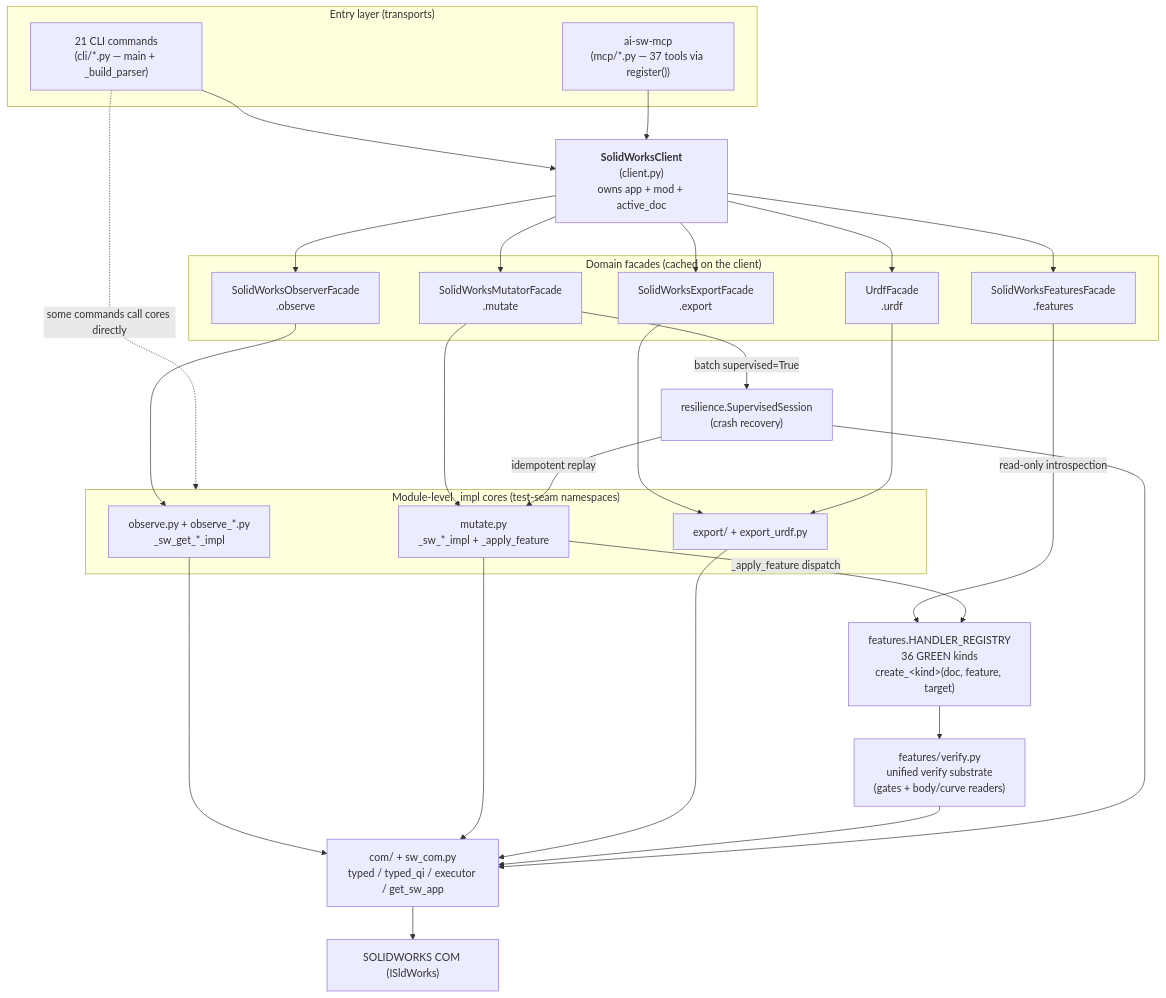
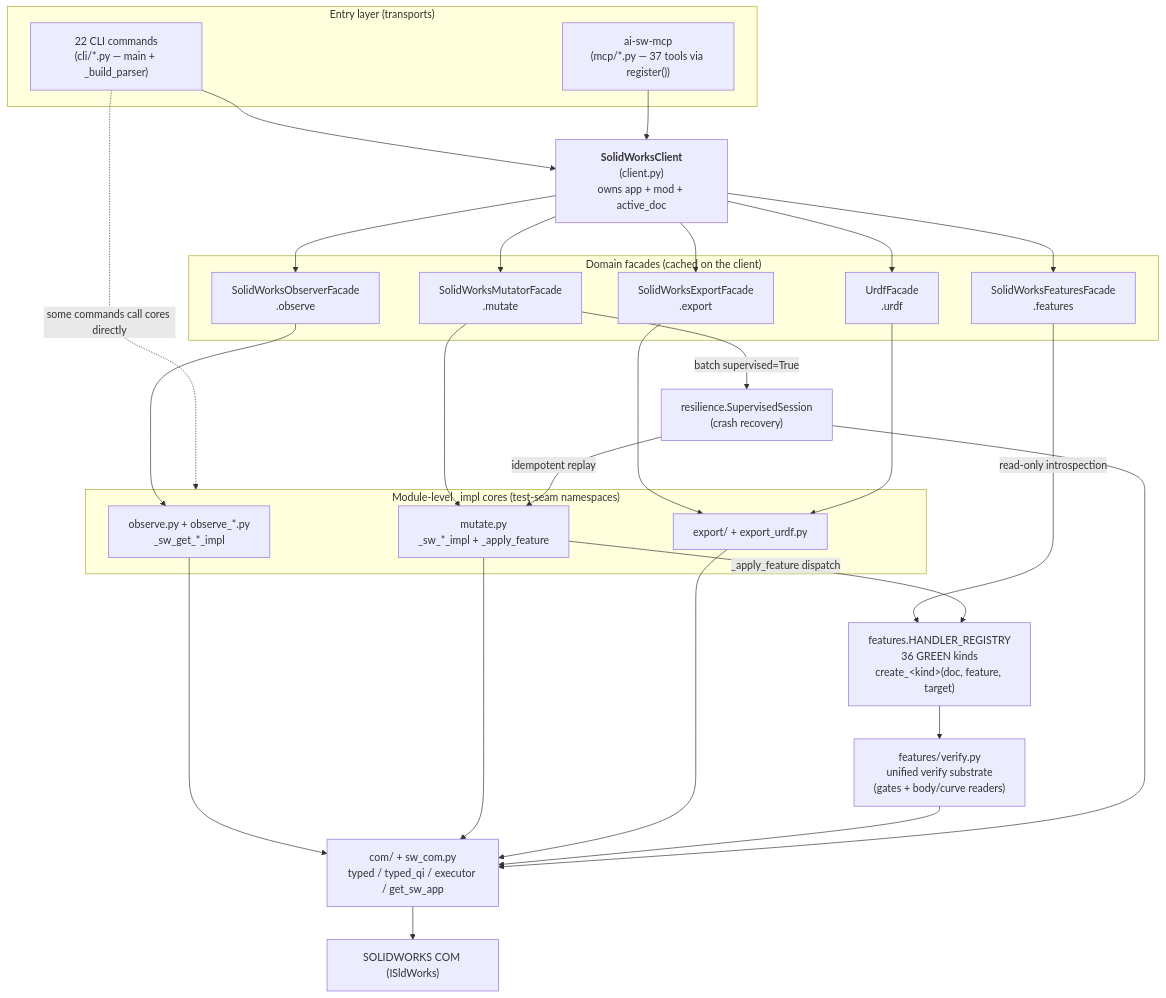
Before and after one commit to Thomas-Tai/ai-sw-bridge: the first of 4 diagrams in docs/CLASS_RELATION_MAP.md, drawn with Mermaid. The commit also changed 2 other files, not shown here.

Commit message:
fix(docs): correct + pin stale cli_commands counts (README:311/364, CLASS_RELATION_MAP); close doc-truth gate hole

````diff
--- a/docs/CLASS_RELATION_MAP.md
+++ b/docs/CLASS_RELATION_MAP.md
@@ -15,46 +15,46 @@
 ```mermaid
 flowchart TD
     subgraph Entry["Entry layer (transports)"]
-        CLI["21 CLI commands<br/>(cli/*.py — main + _build_parser)"]
+        CLI["22 CLI commands<br/>(cli/*.py — main + _build_parser)"]
         MCP["ai-sw-mcp<br/>(mcp/*.py — 37 tools via register())"]
     end
 
     CLIENT["<b>SolidWorksClient</b><br/>(client.py)<br/>owns app + mod + active_doc"]
 
     subgraph Facades["Domain facades (cached on the client)"]
         OBS["SolidWorksObserverFacade<br/>.observe"]
         MUT["SolidWorksMutatorFacade<br/>.mutate"]
         FEAT["SolidWorksFeaturesFacade<br/>.features"]
         EXP["SolidWorksExportFacade<br/>.export"]
         URDF["UrdfFacade<br/>.urdf"]
     end
 
     subgraph Cores["Module-level _impl cores (test-seam namespaces)"]
         OBSIMPL["observe.py + observe_*.py<br/>_sw_get_*_impl"]
         MUTIMPL["mutate.py<br/>_sw_*_impl + _apply_feature"]
         EXPIMPL["export/ + export_urdf.py"]
     end
 
     REG["features.HANDLER_REGISTRY<br/>36 GREEN kinds<br/>create_&lt;kind&gt;(doc, feature, target)"]
     VERIFY["features/verify.py<br/>unified verify substrate<br/>(gates + body/curve readers)"]
     RESIL["resilience.SupervisedSession<br/>(crash recovery)"]
     COM["com/ + sw_com.py<br/>typed / typed_qi / executor / get_sw_app"]
     SW["SOLIDWORKS COM (ISldWorks)"]
 
     CLI --> CLIENT
     CLI -.->|some commands call cores directly| Cores
     MCP --> CLIENT
     CLIENT --> OBS & MUT & FEAT & EXP & URDF
     OBS --> OBSIMPL
     MUT --> MUTIMPL
     EXP --> EXPIMPL
     URDF --> EXPIMPL
     FEAT -->|read-only introspection| REG
     MUTIMPL -->|_apply_feature dispatch| REG
     MUT -->|batch supervised=True| RESIL
     RESIL -->|idempotent replay| MUTIMPL
     REG --> VERIFY
     OBSIMPL & MUTIMPL & EXPIMPL & VERIFY --> COM
     RESIL --> COM
     COM --> SW
 ```
````
